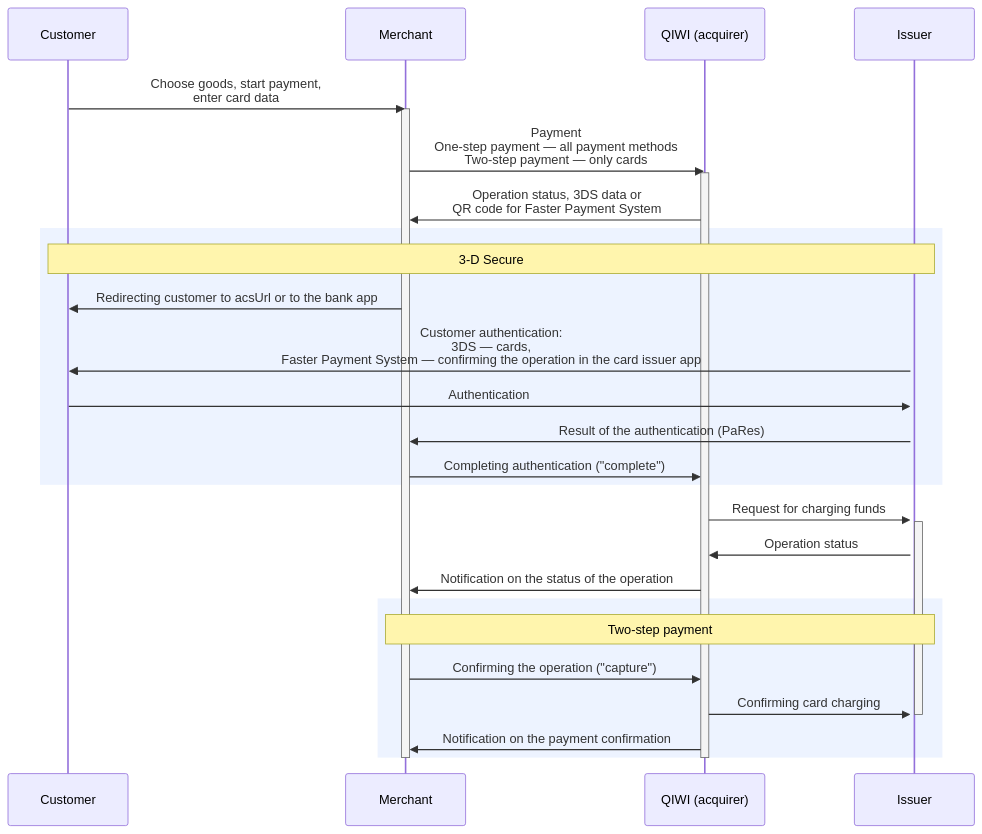
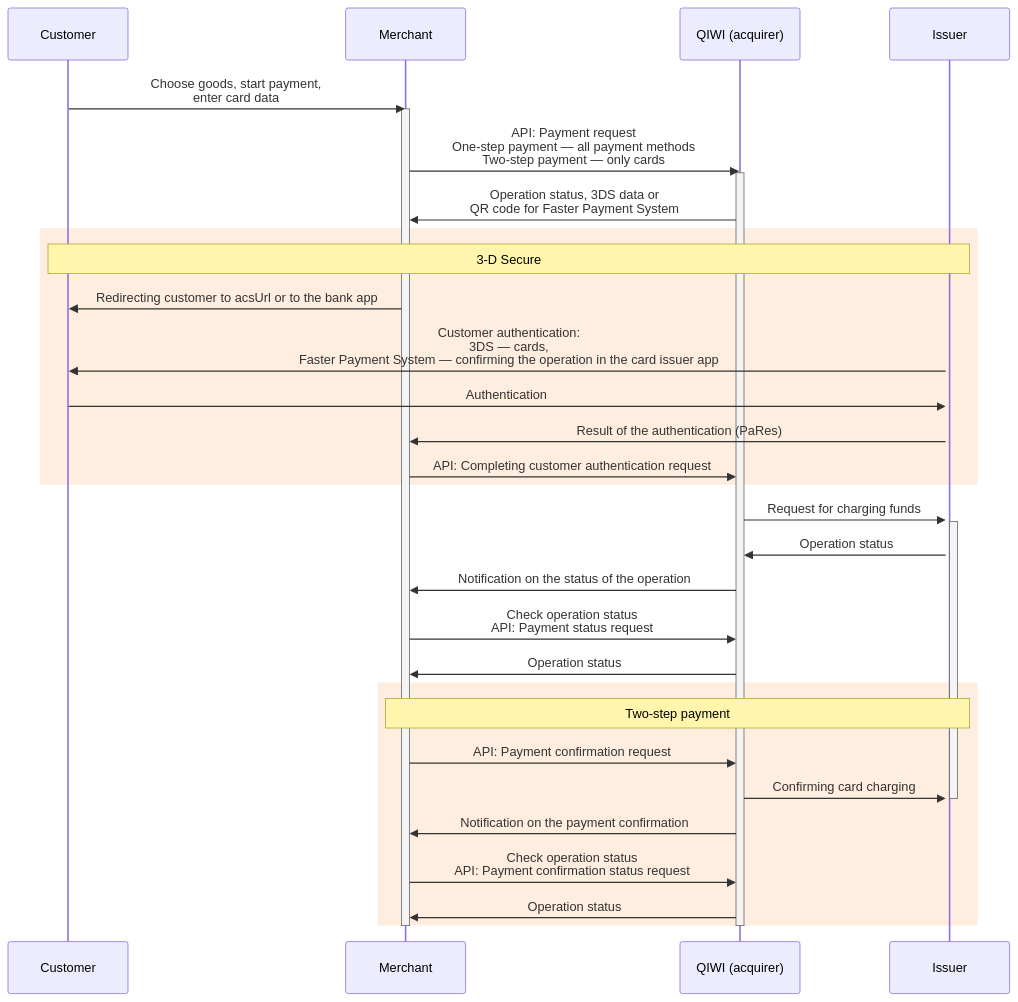
One commit to QIWI-API/payments-docs changed the diagram in _merchant-form_en.html.md. Above: the diagram before and after it, drawn with Mermaid. The commit also changed other lines of this file and 17 other files, not shown here.

```diff
--- a/_merchant-form_en.html.md
+++ b/_merchant-form_en.html.md
@@ -17,34 +17,38 @@
 <div class="mermaid">
 sequenceDiagram
 participant customer as Customer
 participant store as Merchant
 participant qb as QIWI (acquirer)
 participant ips as Issuer
 customer->>store:Choose goods, start payment,<br/>enter card data
 activate store
-store->>qb:Payment<br/>One-step payment — all payment methods<br/>Two-step payment — only cards
+store->>qb:API: Payment request<br/>One-step payment — all payment methods<br/>Two-step payment — only cards
 activate qb
 qb->>store:Operation status, 3DS data or<br/>QR code for Faster Payment System
-rect rgb(237, 243, 255)
+rect rgb(255, 238, 223)
 Note over customer, ips:3-D Secure
 store->>customer:Redirecting customer to acsUrl or to the bank app
 activate ips
 ips->>customer:Customer authentication:<br/>3DS — cards,<br/>Faster Payment System — confirming the operation in the card issuer app
 customer->>ips:Authentication
 ips->>store:Result of the authentication (PaRes)
-store->>qb:Completing authentication ("complete")
+store->>qb:API: Completing customer authentication request
 end
 qb->>ips:Request for charging funds
 activate ips
 ips->>qb:Operation status
 qb->>store:Notification on the status of the operation
-rect rgb(237, 243, 255)
+store->>qb: Check operation status<br/>API: Payment status request
+qb->>store: Operation status
+rect rgb(255, 238, 223)
 Note over store, ips:Two-step payment
-store->>qb:Confirming the operation ("capture")
+store->>qb:API: Payment confirmation request
 qb->>ips:Confirming card charging
 deactivate ips
 qb->>store:Notification on the payment confirmation
+store->>qb: Check operation status<br/>API: Payment confirmation status request
+qb->>store: Operation status
 end
 deactivate qb
 deactivate store
 </div>
```
